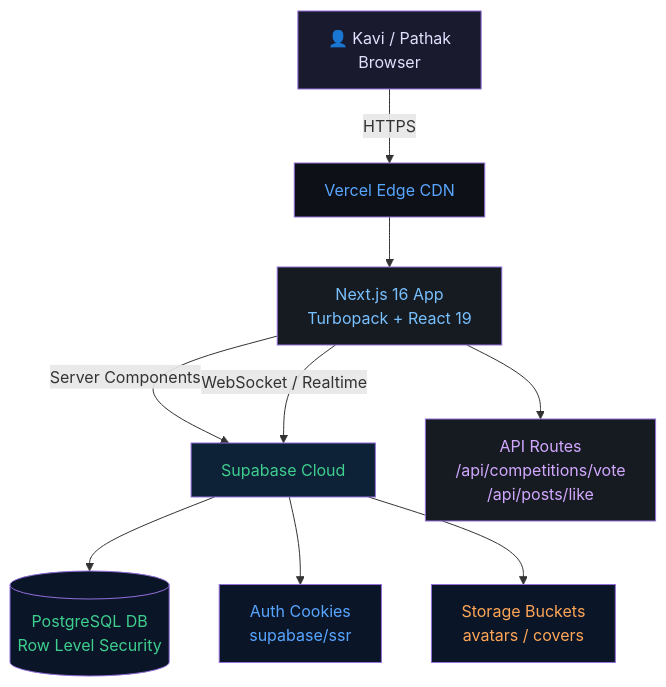
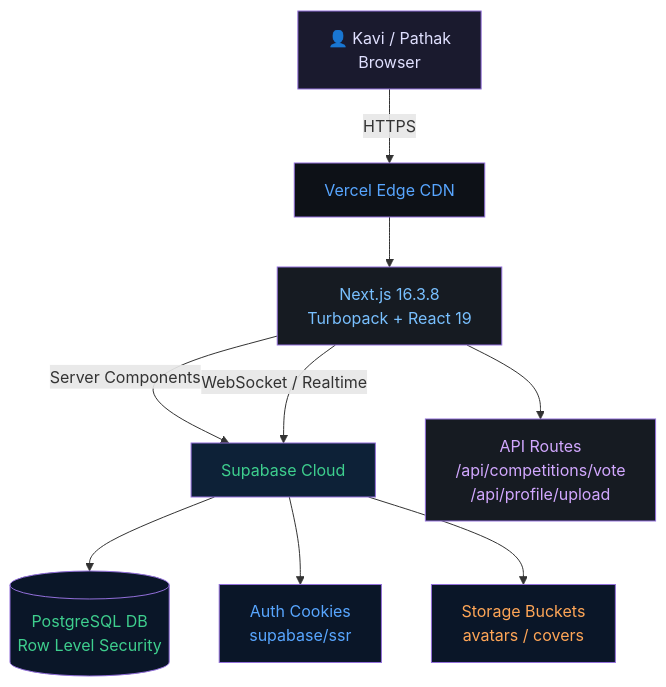
The first of 3 diagrams in README.md (Aniket4477/Qalam), drawn with Mermaid before and after one commit. The commit also changed other lines of this file, not shown here.

Commit message:
docs: complete README rewrite - all 40+ components documented, security section, architecture diagrams, tech matrix

````diff
--- a/README.md
+++ b/README.md
@@ -131,20 +201,20 @@
 ```mermaid
 graph TD
     A["👤 Kavi / Pathak<br/>Browser"] -->|HTTPS| B[Vercel Edge CDN]
-    B --> C["Next.js 16 App<br/>Turbopack + React 19"]
+    B --> C["Next.js 16.3.8<br/>Turbopack + React 19"]
     C -->|Server Components| D[Supabase Cloud]
     C -->|WebSocket / Realtime| D
     D --> E[("PostgreSQL DB<br/>Row Level Security")]
     D --> F["Auth Cookies<br/>supabase/ssr"]
     D --> G["Storage Buckets<br/>avatars / covers"]
-    C --> H["API Routes<br/>/api/competitions/vote<br/>/api/posts/like"]
+    C --> H["API Routes<br/>/api/competitions/vote<br/>/api/profile/upload"]
 
     style A fill:#1a1a2e,color:#e0e0ff
     style B fill:#0d1117,color:#58a6ff
     style C fill:#161b22,color:#79c0ff
     style D fill:#0d2137,color:#3ecf8e
     style E fill:#0a1628,color:#3ecf8e
     style F fill:#0a1628,color:#58a6ff
     style G fill:#0a1628,color:#ffa657
     style H fill:#161b22,color:#d2a8ff
 ```
````
